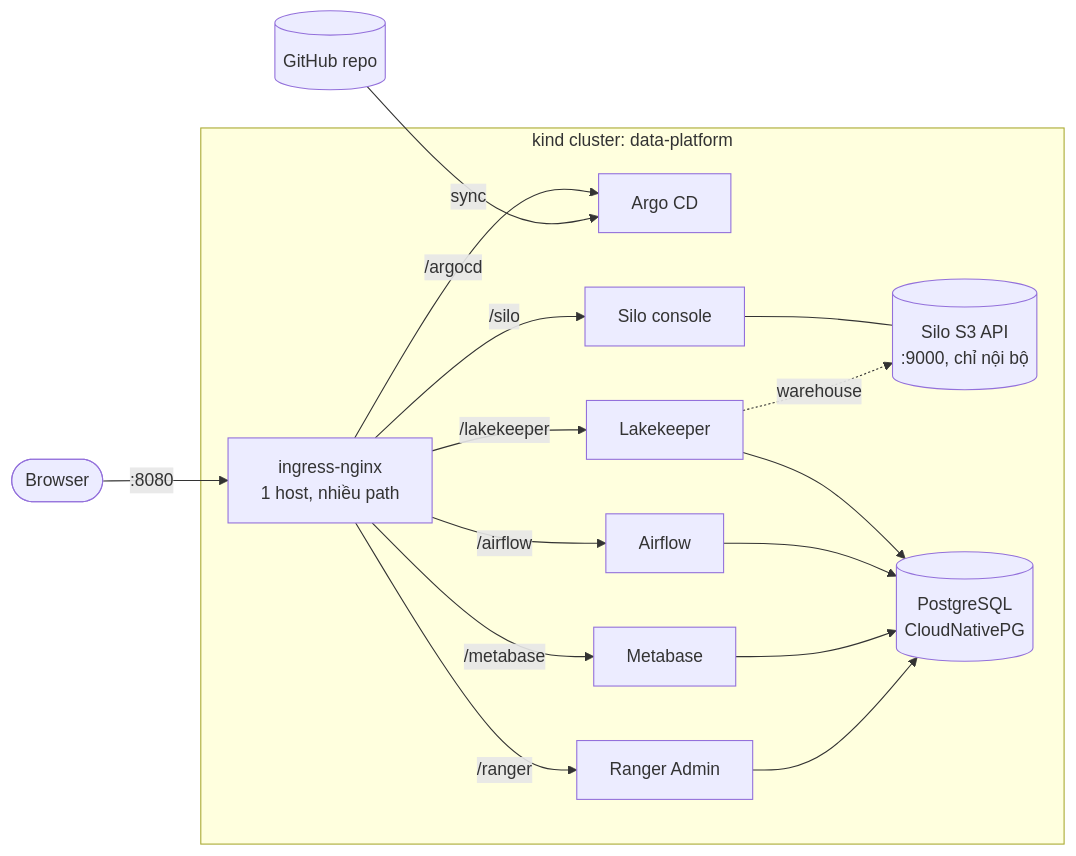
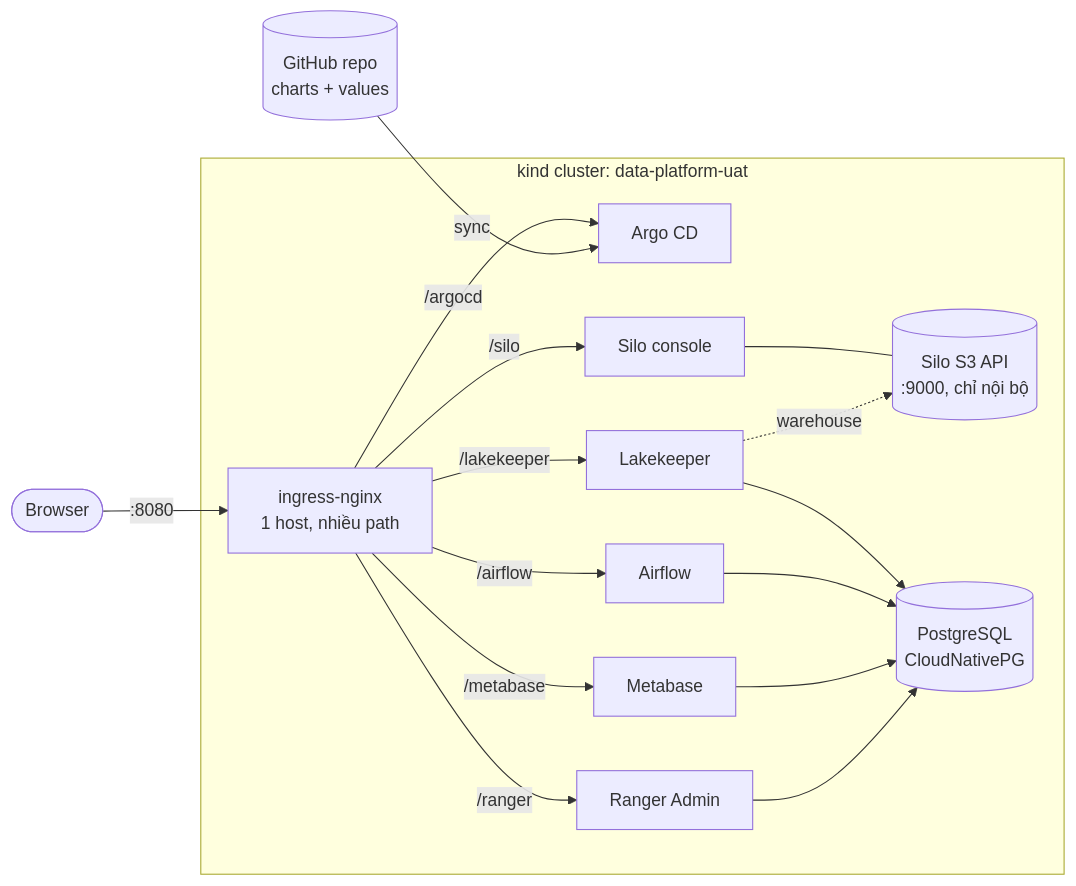
Before and after one commit to viethqb/data-platform-k8s-demo: the diagram in README.md, drawn with Mermaid. The commit also changed other lines of this file and 15 other files, not shown here.

First line of the commit message:
docs: update step-by-step guide for vendored charts and environments

````diff
--- a/README.md
+++ b/README.md
@@ -16,25 +17,25 @@
 ```mermaid
 flowchart LR
   browser([Browser]) -->|":8080"| nginx[ingress-nginx<br/>1 host, nhiều path]
 
-  subgraph kind["kind cluster: data-platform"]
+  subgraph kind["kind cluster: data-platform-uat"]
     nginx -->|/argocd| argocd[Argo CD]
     nginx -->|/airflow| airflow[Airflow]
     nginx -->|/metabase| metabase[Metabase]
     nginx -->|/lakekeeper| lakekeeper[Lakekeeper]
     nginx -->|/silo| siloc[Silo console]
     nginx -->|/ranger| ranger[Ranger Admin]
 
     silo[(Silo S3 API<br/>:9000, chỉ nội bộ)]
     pg[(PostgreSQL<br/>CloudNativePG)]
 
     siloc --- silo
     lakekeeper --> pg
     lakekeeper -. warehouse .-> silo
     airflow --> pg
     metabase --> pg
     ranger --> pg
   end
 
-  git[(GitHub repo)] -->|sync| argocd
+  git[(GitHub repo<br/>charts + values)] -->|sync| argocd
 ```
````
